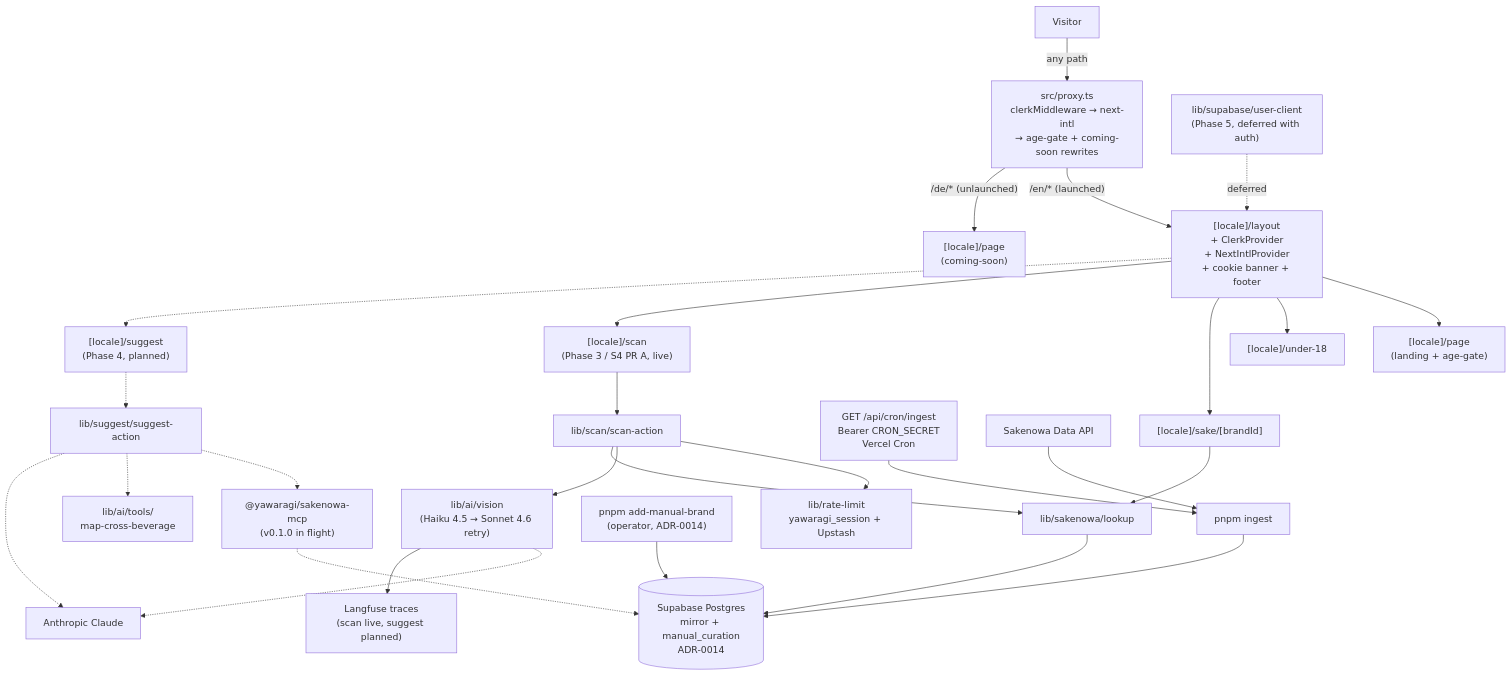
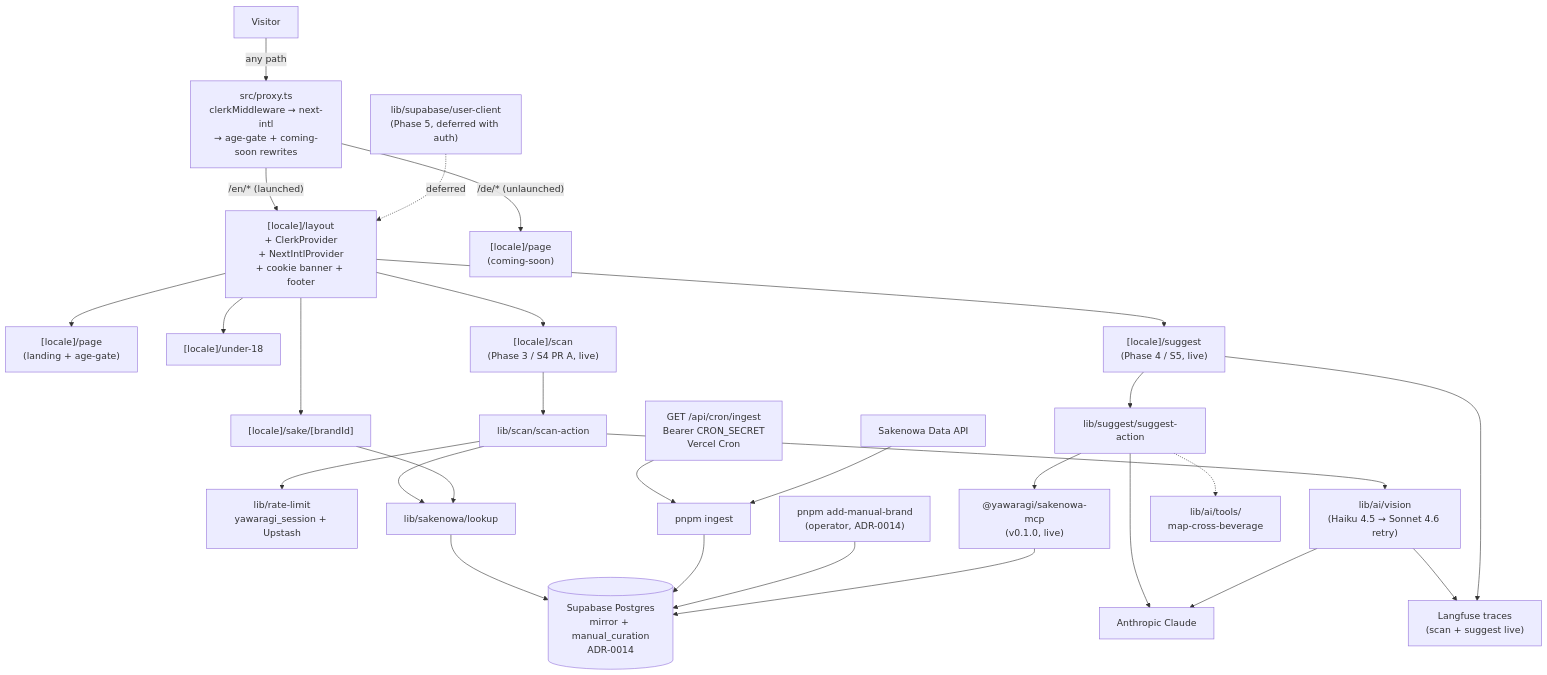
Before and after one commit to yawaragi-dev/yawaragi: the diagram in README.md, drawn with Mermaid.

Commit message:
docs(readme): mark Phase 4 / S5 suggest surface as live in arch diagram
S5 (#161) merged today. The diagram's dotted "planned" arrows on
Suggest / SuggestAction / MCP / Anthropic / Langfuse are now stale.
Flip to solid arrows for the shipped nodes. CrossBev stays dotted
because the LLM-facing mapCrossBeverage tool wrapper is live but the
S6 (#144) freeform-text path that exercises it isn't shipped yet.

Small doc fix ahead of S7's (#145) full phase-close README rewrite,
which will overhaul the narrative paragraph beneath the diagram too.

````diff
--- a/README.md
+++ b/README.md
@@ -37,29 +37,30 @@
 ```mermaid
 flowchart TD
   V[Visitor] -->|"any path"| P["src/proxy.ts<br/>clerkMiddleware → next-intl<br/>→ age-gate + coming-soon rewrites"]
   P -->|"/en/* (launched)"| LL["[locale]/layout<br/>+ ClerkProvider<br/>+ NextIntlProvider<br/>+ cookie banner + footer"]
   P -->|"/de/* (unlaunched)"| CS["[locale]/page<br/>(coming-soon)"]
   LL --> Landing["[locale]/page<br/>(landing + age-gate)"]
   LL --> Under18["[locale]/under-18"]
   LL --> Sake["[locale]/sake/[brandId]"]
   LL --> Scan["[locale]/scan<br/>(Phase 3 / S4 PR A, live)"]
   Scan --> ScanAction["lib/scan/scan-action"]
   ScanAction --> RateLimit["lib/rate-limit<br/>yawaragi_session + Upstash"]
   ScanAction --> Vision["lib/ai/vision<br/>(Haiku 4.5 → Sonnet 4.6 retry)"]
   ScanAction --> Lookup
   Sake --> Lookup["lib/sakenowa/lookup"]
   Lookup --> DB[("Supabase Postgres<br/>mirror + manual_curation<br/>ADR-0014")]
   Ingest["pnpm ingest"] --> DB
   Manual["pnpm add-manual-brand<br/>(operator, ADR-0014)"] --> DB
   CronRoute["GET /api/cron/ingest<br/>Bearer CRON_SECRET<br/>Vercel Cron"] --> Ingest
   Sakenowa["Sakenowa Data API"] --> Ingest
-  LL -.-> Suggest["[locale]/suggest<br/>(Phase 4, planned)"]
-  Suggest -.-> SuggestAction["lib/suggest/suggest-action"]
-  SuggestAction -.-> MCP["@yawaragi/sakenowa-mcp<br/>(v0.1.0 in flight)"]
+  LL --> Suggest["[locale]/suggest<br/>(Phase 4 / S5, live)"]
+  Suggest --> SuggestAction["lib/suggest/suggest-action"]
+  SuggestAction --> MCP["@yawaragi/sakenowa-mcp<br/>(v0.1.0, live)"]
   SuggestAction -.-> CrossBev["lib/ai/tools/<br/>map-cross-beverage"]
-  SuggestAction -.-> Anthropic
-  Vision -.-> Anthropic["Anthropic Claude"]
-  MCP -.-> DB
-  Vision --> Trace["Langfuse traces<br/>(scan live, suggest planned)"]
+  SuggestAction --> Anthropic
+  Vision --> Anthropic["Anthropic Claude"]
+  MCP --> DB
+  Vision --> Trace["Langfuse traces<br/>(scan + suggest live)"]
+  Suggest --> Trace
   UC["lib/supabase/user-client<br/>(Phase 5, deferred with auth)"] -.->|"deferred"| LL
 ```
````
